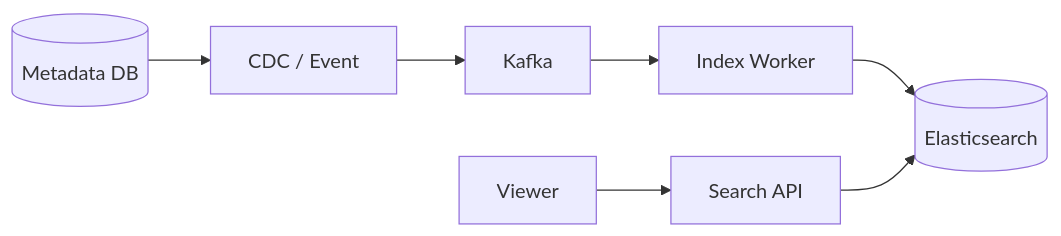
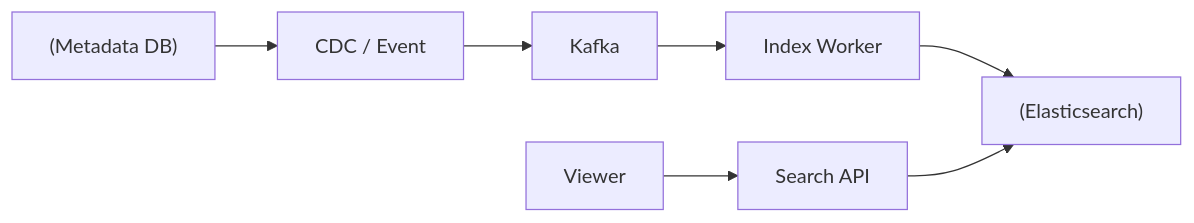
The eighth of 10 diagrams in files/System-Design-Questions/17-video_streaming_system_design.md (pankajThakur1874/studysheet), drawn with Mermaid before and after one commit. The commit also changed other lines of this file and 102 other files, not shown here.

Commit message:
Auto-fix Mermaid diagram syntax across all study guides to prevent Syntax Error in Mermaid v10

````diff
--- a/files/System-Design-Questions/17-video_streaming_system_design.md
+++ b/files/System-Design-Questions/17-video_streaming_system_design.md
@@ -727,9 +727,9 @@
 ```mermaid
 flowchart LR
-    DB[(Metadata DB)] --> CDC[CDC / Event]
+    DB["(Metadata DB)"] --> CDC["CDC / Event"]
     CDC --> K[Kafka]
     K --> I[Index Worker]
-    I --> ES[(Elasticsearch)]
+    I --> ES["(Elasticsearch)"]
     U[Viewer] --> API[Search API]
     API --> ES
 ```
````
